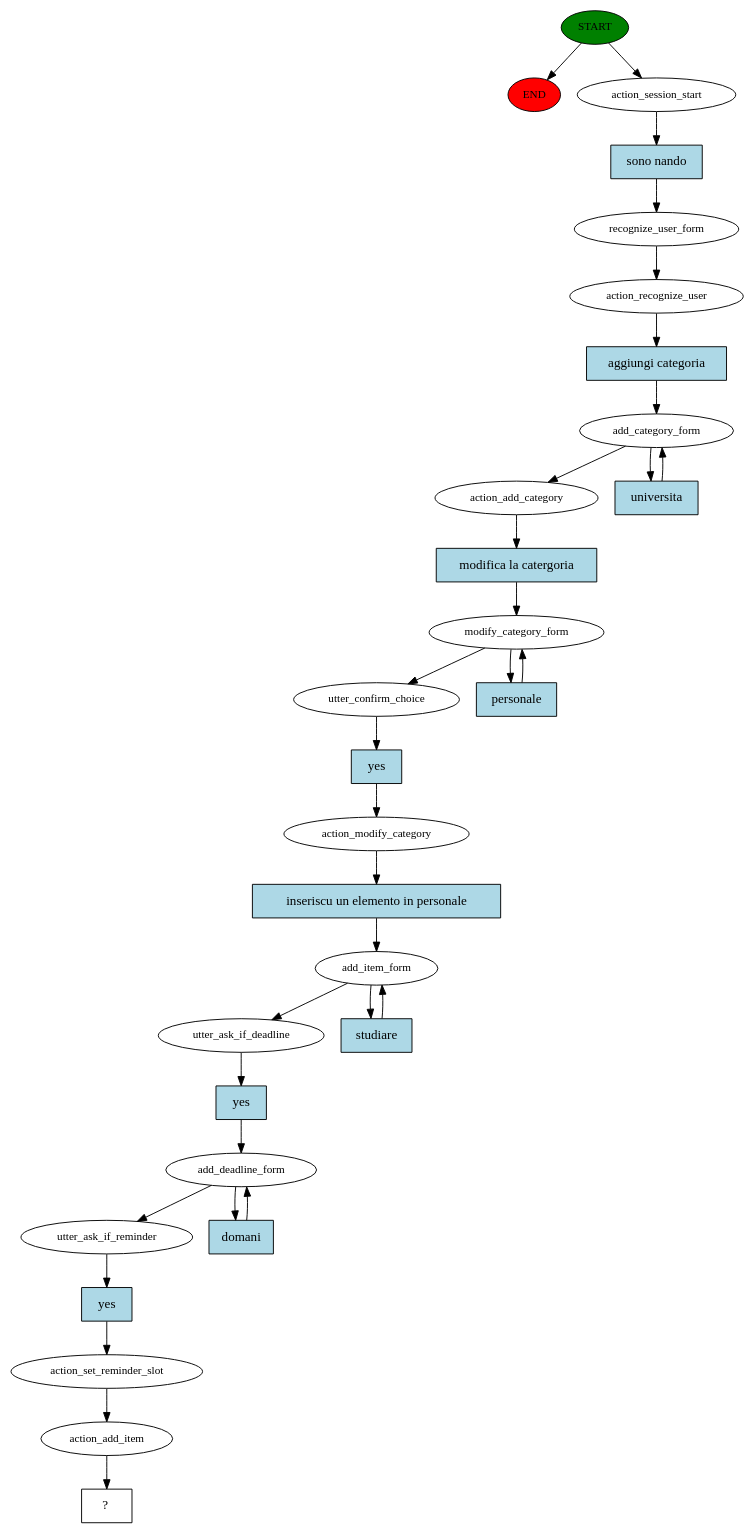
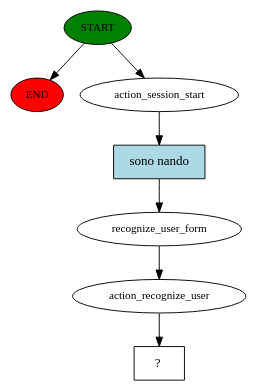
The diagram in src/rasa_ros/Cogrob_rasa_midterm/story_graph.dot (CamillaSpi/AI-To-Do-Assistant-Robot), drawn with Graphviz before and after one commit. The commit also changed 3 other files, not shown here.

```diff
--- a/src/rasa_ros/Cogrob_rasa_midterm/story_graph.dot
+++ b/src/rasa_ros/Cogrob_rasa_midterm/story_graph.dot
@@ -1,61 +1,15 @@
 digraph  {
 0 [class="start active", fillcolor=green, fontsize=12, label=START, style=filled];
 "-1" [class=end, fillcolor=red, fontsize=12, label=END, style=filled];
 1 [class=active, fontsize=12, label=action_session_start];
 2 [class=active, fontsize=12, label=recognize_user_form];
 3 [class=active, fontsize=12, label=action_recognize_user];
-4 [class=active, fontsize=12, label=add_category_form];
-6 [class=active, fontsize=12, label=action_add_category];
-7 [class=active, fontsize=12, label=modify_category_form];
-10 [class=active, fontsize=12, label=utter_confirm_choice];
-11 [class=active, fontsize=12, label=action_modify_category];
-12 [class=active, fontsize=12, label=add_item_form];
-14 [class=active, fontsize=12, label=utter_ask_if_deadline];
-15 [class=active, fontsize=12, label=add_deadline_form];
-17 [class=active, fontsize=12, label=utter_ask_if_reminder];
-18 [class=active, fontsize=12, label=action_set_reminder_slot];
-19 [class=active, fontsize=12, label=action_add_item];
-20 [class="intent dashed active", label="  ?  ", shape=rect];
-21 [class="intent active", fillcolor=lightblue, label="sono nando", shape=rect, style=filled];
-22 [class="intent active", fillcolor=lightblue, label="aggiungi categoria", shape=rect, style=filled];
-23 [class="intent active", fillcolor=lightblue, label=universita, shape=rect, style=filled];
-24 [class="intent active", fillcolor=lightblue, label="modifica la catergoria", shape=rect, style=filled];
-25 [class="intent active", fillcolor=lightblue, label=personale, shape=rect, style=filled];
-26 [class="intent active", fillcolor=lightblue, label=yes, shape=rect, style=filled];
-27 [class="intent active", fillcolor=lightblue, label="inseriscu un elemento in personale", shape=rect, style=filled];
-28 [class="intent active", fillcolor=lightblue, label=studiare, shape=rect, style=filled];
-29 [class="intent active", fillcolor=lightblue, label=yes, shape=rect, style=filled];
-30 [class="intent active", fillcolor=lightblue, label=domani, shape=rect, style=filled];
-31 [class="intent active", fillcolor=lightblue, label=yes, shape=rect, style=filled];
+4 [class="intent dashed active", label="  ?  ", shape=rect];
+5 [class="intent active", fillcolor=lightblue, label="sono nando", shape=rect, style=filled];
 0 -> "-1"  [class="", key=NONE, label=""];
 0 -> 1  [class=active, key=NONE, label=""];
-1 -> 21  [class=active, key=0];
+1 -> 5  [class=active, key=0];
 2 -> 3  [class=active, key=NONE, label=""];
-3 -> 22  [class=active, key=0];
-4 -> 6  [class=active, key=NONE, label=""];
-4 -> 23  [class=active, key=0];
-6 -> 24  [class=active, key=0];
-7 -> 10  [class=active, key=NONE, label=""];
-7 -> 25  [class=active, key=0];
-10 -> 26  [class=active, key=0];
-11 -> 27  [class=active, key=0];
-12 -> 14  [class=active, key=NONE, label=""];
-12 -> 28  [class=active, key=0];
-14 -> 29  [class=active, key=0];
-15 -> 17  [class=active, key=NONE, label=""];
-15 -> 30  [class=active, key=0];
-17 -> 31  [class=active, key=0];
-18 -> 19  [class=active, key=NONE, label=""];
-19 -> 20  [class=active, key=NONE, label=""];
-21 -> 2  [class=active, key=0];
-22 -> 4  [class=active, key=0];
-23 -> 4  [class=active, key=0];
-24 -> 7  [class=active, key=0];
-25 -> 7  [class=active, key=0];
-26 -> 11  [class=active, key=0];
-27 -> 12  [class=active, key=0];
-28 -> 12  [class=active, key=0];
-29 -> 15  [class=active, key=0];
-30 -> 15  [class=active, key=0];
-31 -> 18  [class=active, key=0];
+3 -> 4  [class=active, key=NONE, label=""];
+5 -> 2  [class=active, key=0];
 }
```
